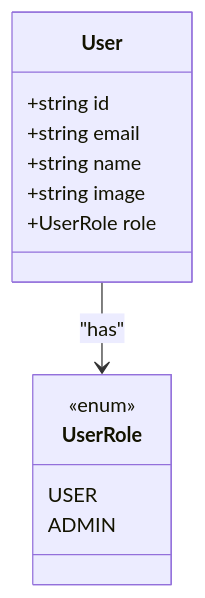
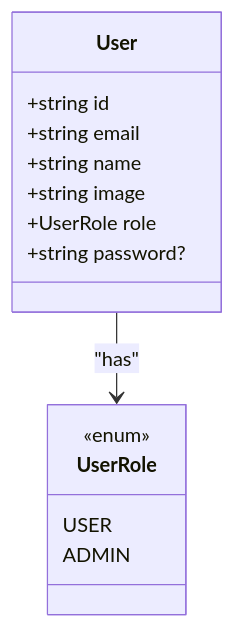
One commit to Dezzpil/meingym changed the sixth of 8 diagrams in .qoder/repowiki/en/content/Authentication and Authorization.md. Above: the diagram before and after it, drawn with Mermaid. The commit also changed other lines of this file and 5 other files, not shown here.

````diff
--- a/.qoder/repowiki/en/content/Authentication and Authorization.md
+++ b/.qoder/repowiki/en/content/Authentication and Authorization.md
@@ -183,16 +269,17 @@
 ```mermaid
 classDiagram
 class User {
 +string id
 +string email
 +string name
 +string image
 +UserRole role
++string password?
 }
 class UserRole {
 <<enum>>
 USER
 ADMIN
 }
 User --> UserRole : "has"
 ```
````
